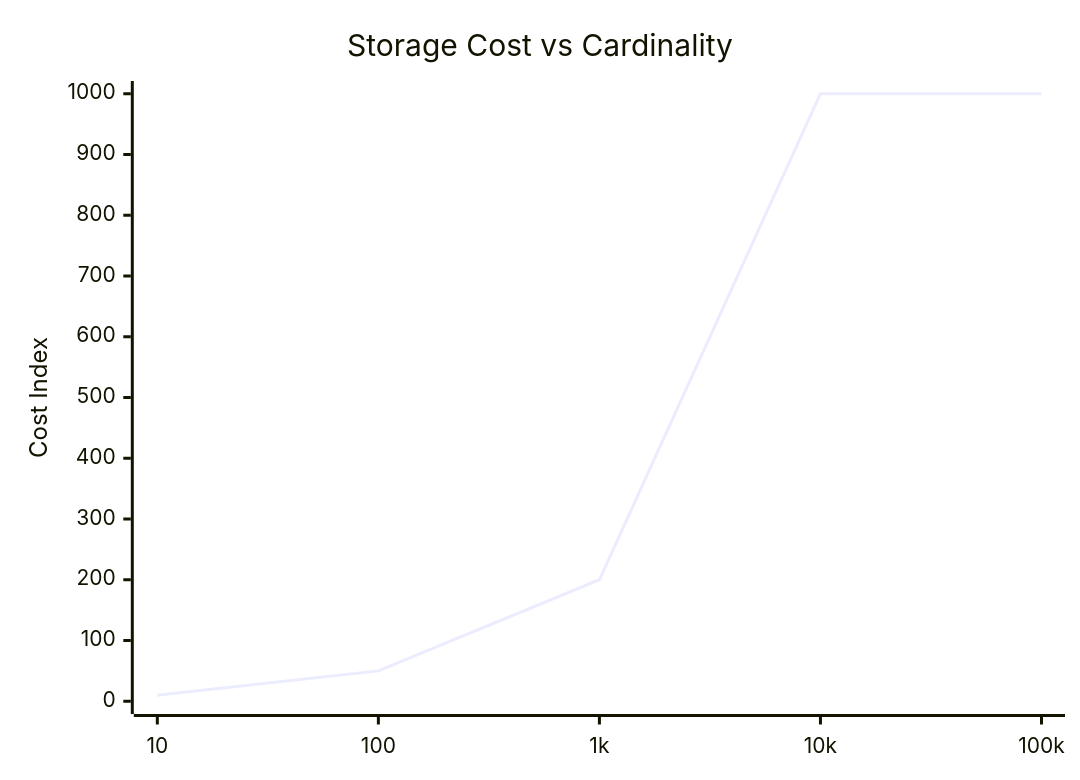
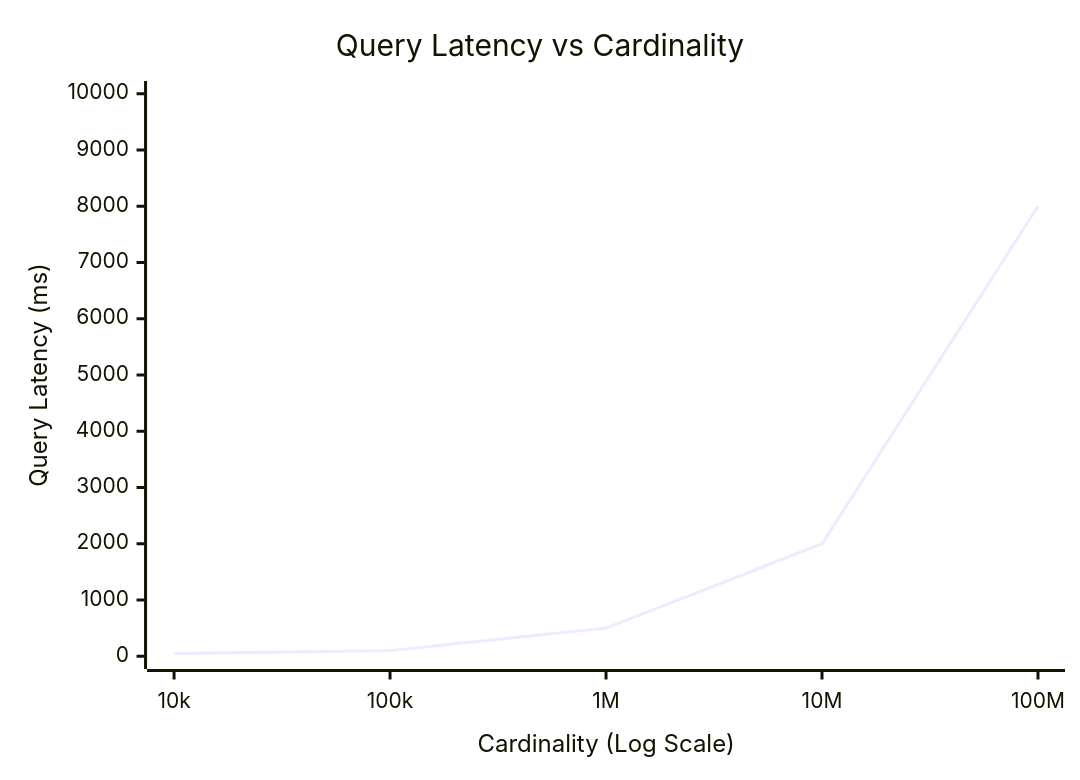
The second of 5 diagrams in src/app/[locale]/research/papers/a3-enterprise-observability-operational-intelligence/A3-PAPER-FULL.md (gchaitanyabharath9/omnigcloud), drawn with Mermaid before and after one commit. The commit also changed other lines of this file, not shown here.

````diff
--- a/src/app/[locale]/research/papers/a3-enterprise-observability-operational-intelligence/A3-PAPER-FULL.md
+++ b/src/app/[locale]/research/papers/a3-enterprise-observability-operational-intelligence/A3-PAPER-FULL.md
@@ -50,7 +158,7 @@
 ```mermaid
 xychart-beta
-    title "Storage Cost vs Cardinality"
-    x-axis [10, 100, 1k, 10k, 100k]
-    y-axis "Cost Index" 0 --> 1000
-    line [10, 50, 200, 1000, 1000]
+    title "Query Latency vs Cardinality"
+    x-axis "Cardinality (Log Scale)" ["10k", "100k", "1M", "10M", "100M"]
+    y-axis "Query Latency (ms)" 0 --> 10000
+    line [50, 100, 500, 2000, 8000]
 ```
````
